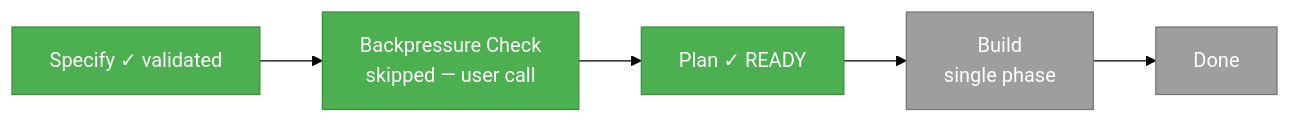
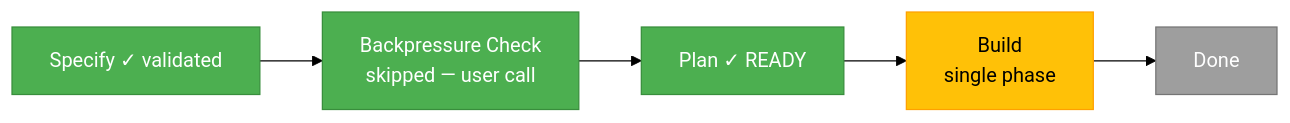
One commit to AI-Substrate/harness-engineering changed the second of 2 diagrams in docs/plans/016-arch-conformance-extension/arch-conformance-extension.fltplan.md. Above: the diagram before and after it, drawn with Mermaid (forest theme). The commit also changed other lines of this file and 2 other files, not shown here.

````diff
--- a/docs/plans/016-arch-conformance-extension/arch-conformance-extension.fltplan.md
+++ b/docs/plans/016-arch-conformance-extension/arch-conformance-extension.fltplan.md
@@ -80,9 +80,9 @@
 ```mermaid
 flowchart LR
     classDef done fill:#4CAF50,stroke:#388E3C,color:#fff
     classDef active fill:#FFC107,stroke:#FFA000,color:#000
     classDef ready fill:#9E9E9E,stroke:#757575,color:#fff
 
     S[Specify ✓ validated]:::done --> BP[Backpressure Check<br/>skipped — user call]:::done
-    BP --> P[Plan ✓ READY]:::done --> B[Build<br/>single phase]:::ready --> D[Done]:::ready
+    BP --> P[Plan ✓ READY]:::done --> B[Build<br/>single phase]:::active --> D[Done]:::ready
 ```
````
